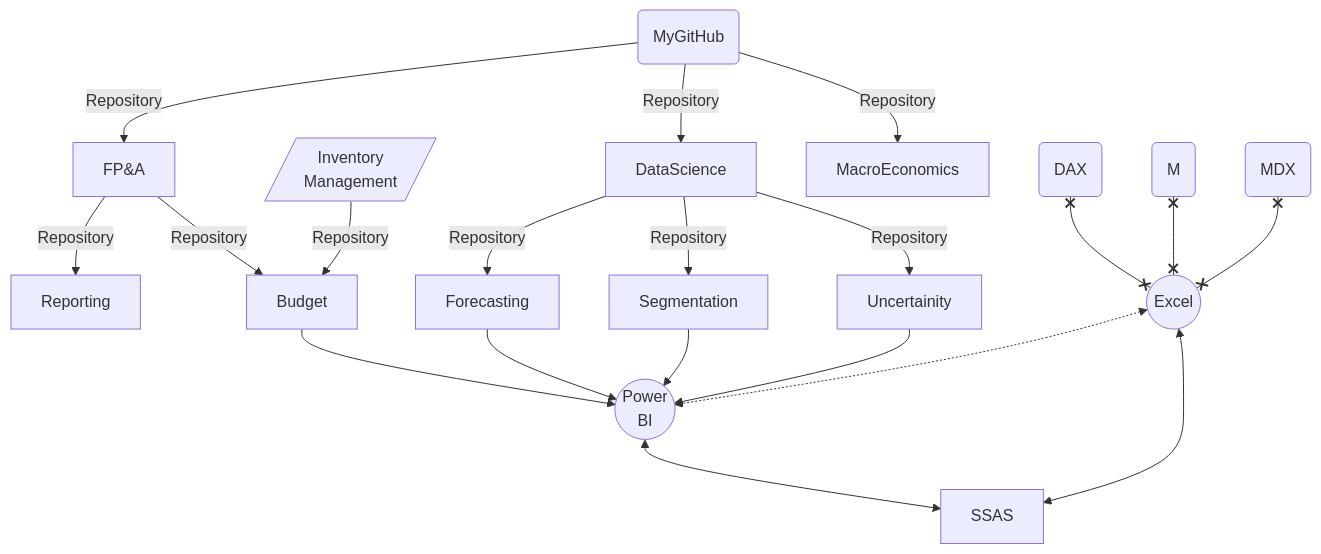
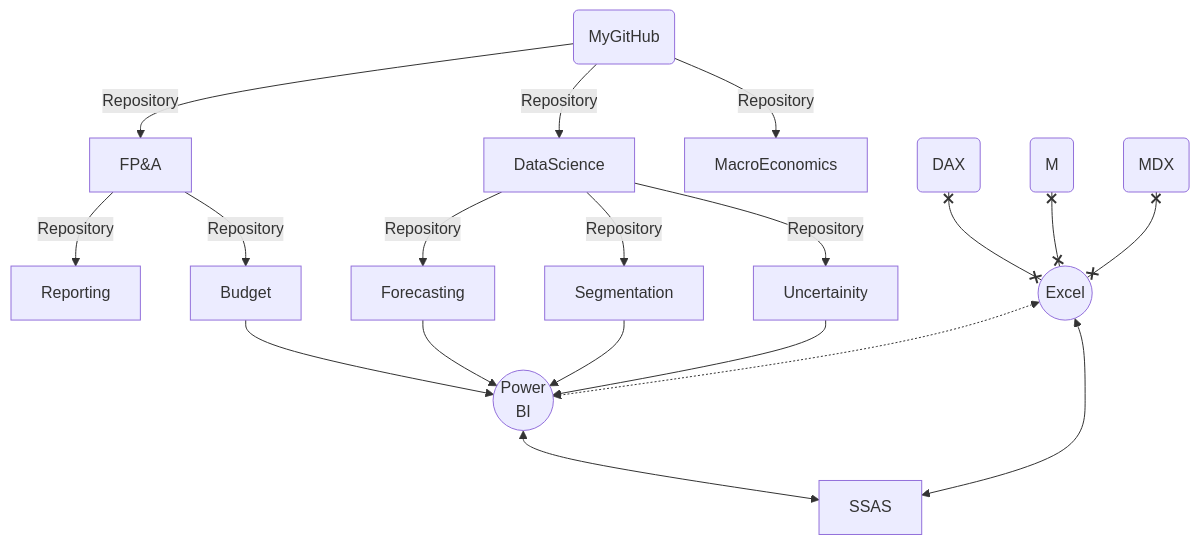
The diagram in README.md (md3629/md3629), drawn with Mermaid before and after one commit.

````diff
--- a/README.md
+++ b/README.md
@@ -4,22 +4,21 @@
 ```mermaid
 graph TD;
     my(MyGitHub)-->|Repository|FP&A;
-    Inv[/Inventory<br>Management/]-->|Repository|Budget;
     FP&A-->|Repository|Reporting;
     FP&A-->|Repository|Budget;
     my(MyGitHub)-->|Repository|DataScience;
     my(MyGitHub)-->|Repository|MacroEconomics;
     DataScience--Repository-->Forecasting;
     DataScience--Repository-->Segmentation;
     DataScience--Repository-->Uncertainity;
     Uncertainity-->P((Power<br>BI));
     Forecasting-->P((Power<br>BI));
     Segmentation-->P((Power<br>BI));
     Budget-->P((Power<br>BI));
     D(DAX)x--xE((Excel));
     M(M)x--xE((Excel));
     E((Excel))<-.->P((Power<br>BI));
     A(MDX)x--xE((Excel));
     E((Excel))<-->SSAS;
     P((Power<br>BI))<-->SSAS;
 ```
````
